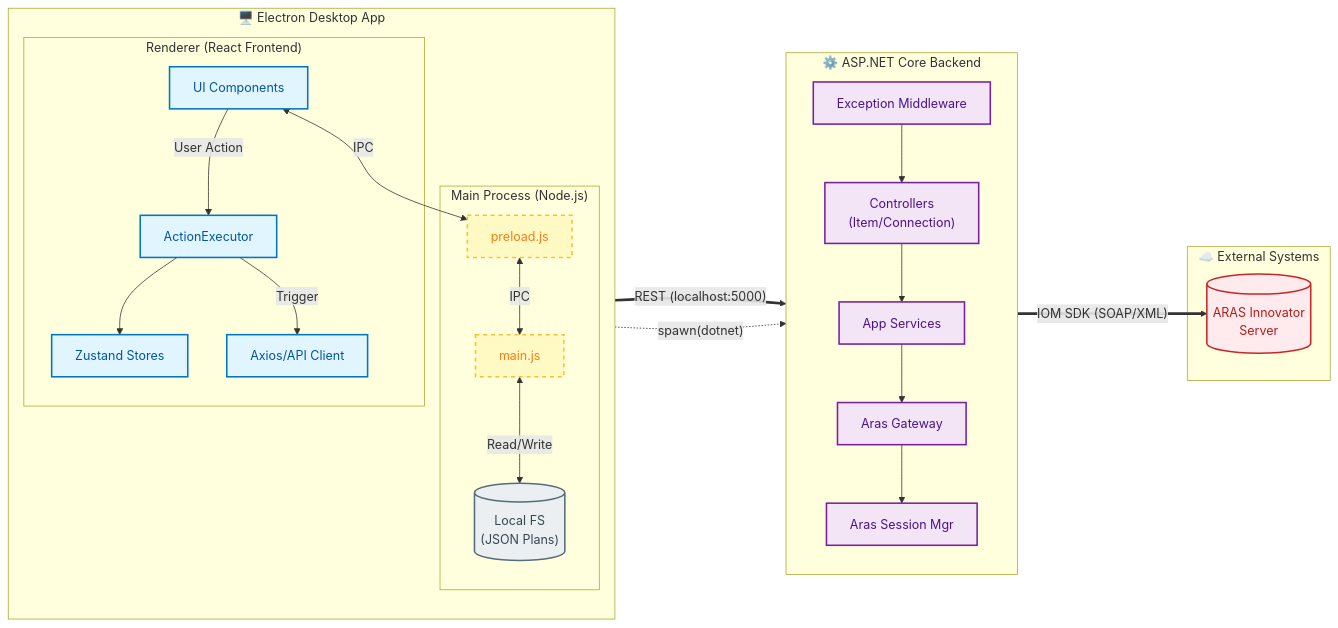
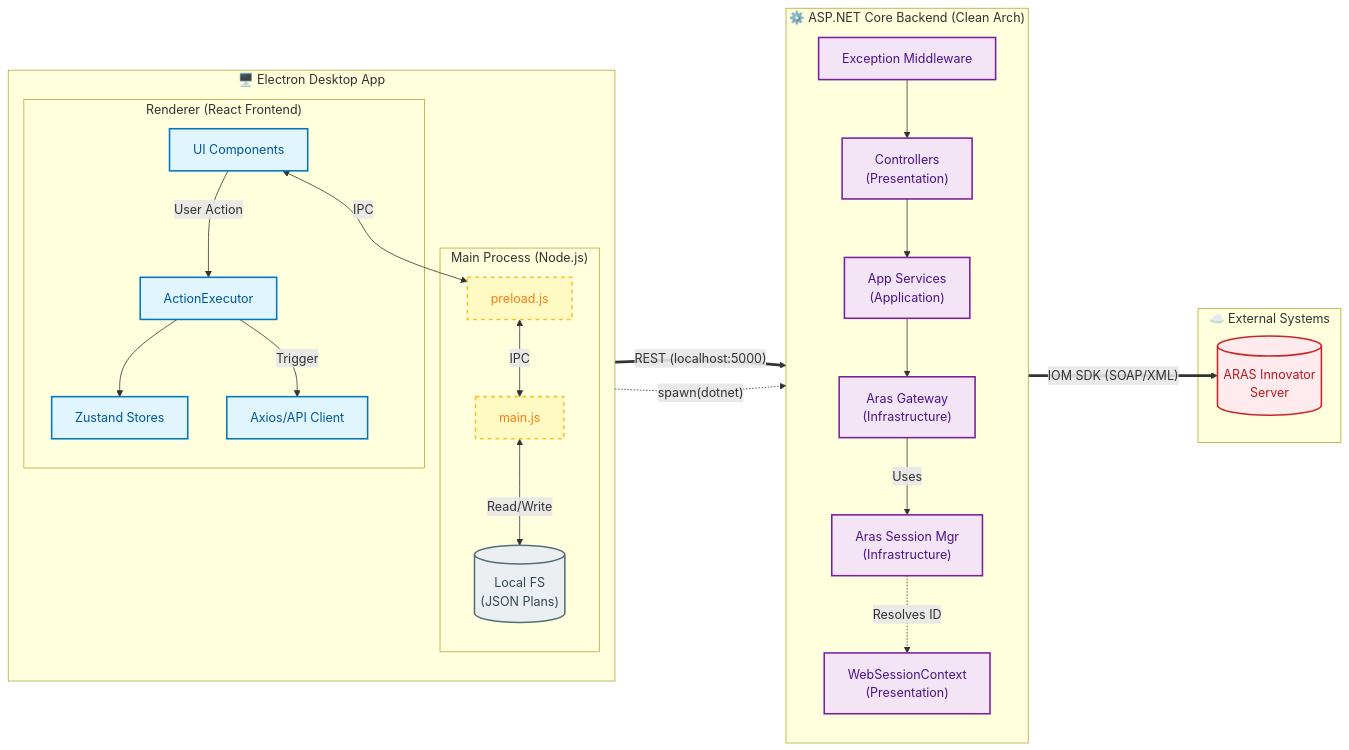
One commit to ashwin-2504/ARASTester changed the diagram in docs/02_ARCHITECTURE.md. Above: the diagram before and after it, drawn with Mermaid. The commit also changed other lines of this file and 8 other files, not shown here.

````diff
--- a/docs/02_ARCHITECTURE.md
+++ b/docs/02_ARCHITECTURE.md
@@ -16,61 +16,63 @@
 ```mermaid
 flowchart LR
     %% --- Styles ---
     classDef react fill:#e1f5fe,stroke:#0277bd,stroke-width:2px,color:#01579b;
     classDef electron fill:#fff9c4,stroke:#fbc02d,stroke-width:2px,stroke-dasharray: 5 5,color:#f57f17;
     classDef dotnet fill:#f3e5f5,stroke:#7b1fa2,stroke-width:2px,color:#4a148c;
     classDef external fill:#ffebee,stroke:#c62828,stroke-width:2px,color:#b71c1c;
     classDef storage fill:#eceff1,stroke:#546e7a,stroke-width:2px,color:#37474f;
 
     %% --- Desktop App ---
     subgraph Desktop ["🖥️ Electron Desktop App"]
         direction TB
 
         subgraph MainProcess ["Main Process (Node.js)"]
             Main["main.js"]:::electron
             Preload["preload.js"]:::electron
             FS[("Local FS<br/>(JSON Plans)")]:::storage
         end
 
         subgraph Renderer ["Renderer (React Frontend)"]
             UI["UI Components"]:::react
             Store["Zustand Stores"]:::react
             Executor["ActionExecutor"]:::react
             API["Axios/API Client"]:::react
         end
     end
 
     %% --- Backend App ---
-    subgraph Backend ["⚙️ ASP.NET Core Backend"]
+    subgraph Backend ["⚙️ ASP.NET Core Backend (Clean Arch)"]
         direction TB
         Middleware["Exception Middleware"]:::dotnet
-        Controllers["Controllers<br/>(Item/Connection)"]:::dotnet
-        Services["App Services"]:::dotnet
-        Gateway["Aras Gateway"]:::dotnet
-        Session["Aras Session Mgr"]:::dotnet
+        Controllers["Controllers<br/>(Presentation)"]:::dotnet
+        SessionCtx["WebSessionContext<br/>(Presentation)"]:::dotnet
+        Services["App Services<br/>(Application)"]:::dotnet
+        Gateway["Aras Gateway<br/>(Infrastructure)"]:::dotnet
+        SessionMgr["Aras Session Mgr<br/>(Infrastructure)"]:::dotnet
     end
 
     %% --- External ---
     subgraph External ["☁️ External Systems"]
         ARAS[("ARAS Innovator<br/>Server")]:::external
     end
 
     %% --- Relations: Electron Internals ---
     UI -->|"User Action"| Executor
     Executor --> Store
     Executor -->|"Trigger"| API
     UI <-->|"IPC"| Preload
     Preload <-->|"IPC"| Main
     Main <-->|"Read/Write"| FS
 
     %% --- Relations: System Startup ---
     Main -.->|"spawn(dotnet)"| Backend
 
     %% --- Relations: HTTP Flow ---
     API ==>|"REST (localhost:5000)"| Middleware
     Middleware --> Controllers
     Controllers --> Services
     Services --> Gateway
-    Gateway --> Session
-    Session ==>|"IOM SDK (SOAP/XML)"| ARAS
+    Gateway --"Uses"--> SessionMgr
+    SessionMgr -.->|"Resolves ID"| SessionCtx
+    SessionMgr ==>|"IOM SDK (SOAP/XML)"| ARAS
 ```
````
